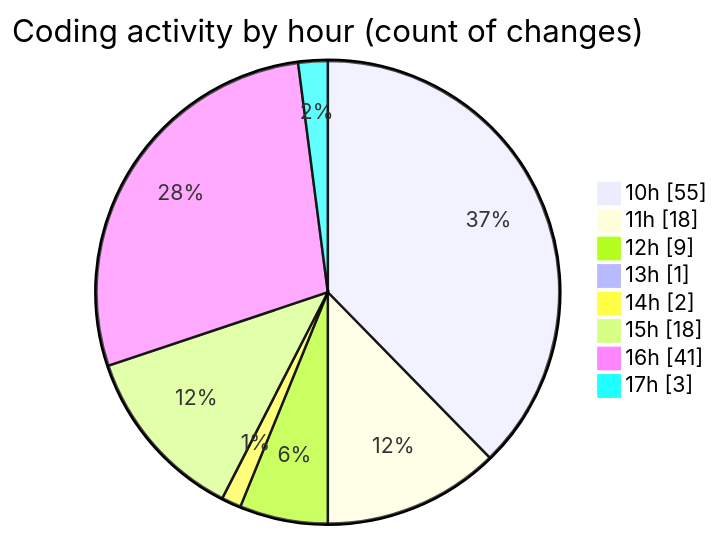
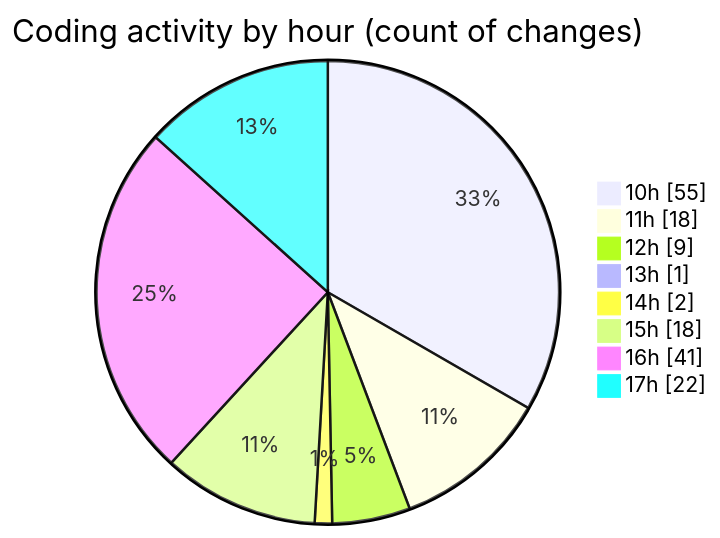
The second of 2 diagrams in 2026-03-06/nxtqube_webapp/README.md (nxtqubesakshisongat/code-tracking), drawn with Mermaid before and after one commit. The commit also changed other lines of this file and 1 other file, not shown here.

````diff
--- a/2026-03-06/nxtqube_webapp/README.md
+++ b/2026-03-06/nxtqube_webapp/README.md
@@ -41,12 +41,12 @@
 ```mermaid
 pie showData
 title Coding activity by hour (count of changes)
 "10h" : 55
 "11h" : 18
 "12h" : 9
 "13h" : 1
 "14h" : 2
 "15h" : 18
 "16h" : 41
-"17h" : 3
+"17h" : 22
 ```
````
